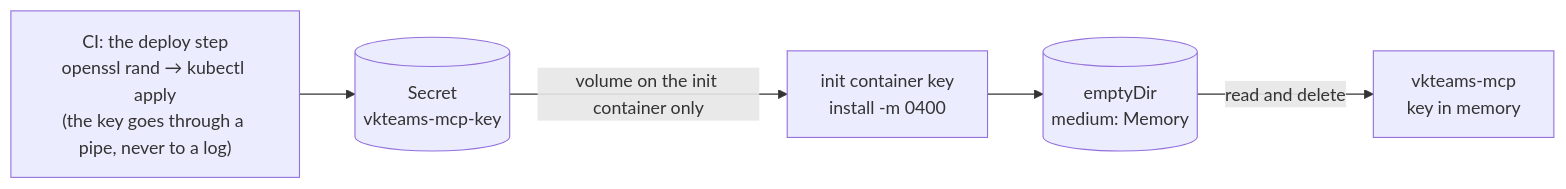
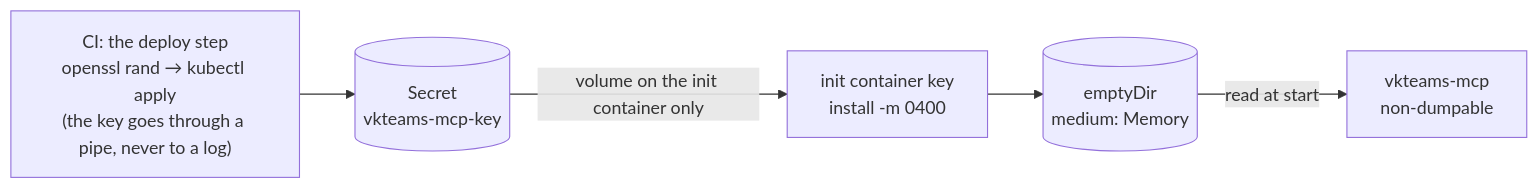
The first of 2 diagrams in deploy/README.en.md (widmo-ru/vkteams-mcp), drawn with Mermaid before and after one commit. The commit also changed other lines of this file and 13 other files, not shown here.

First line of the commit message:
The key file stays, locked to the server's user, and the process is non-dumpable

````diff
--- a/deploy/README.en.md
+++ b/deploy/README.en.md
@@ -8,7 +9,7 @@
 ```mermaid
 flowchart LR
   CI["CI: the deploy step<br/>openssl rand → kubectl apply<br/>(the key goes through a pipe, never to a log)"] --> S[("Secret<br/>vkteams-mcp-key")]
   S -->|"volume on the init container only"| I["init container key<br/>install -m 0400"]
   I --> E[("emptyDir<br/>medium: Memory")]
-  E -->|"read and delete"| M["vkteams-mcp<br/>key in memory"]
+  E -->|"read at start"| M["vkteams-mcp<br/>non-dumpable"]
 ```
````
